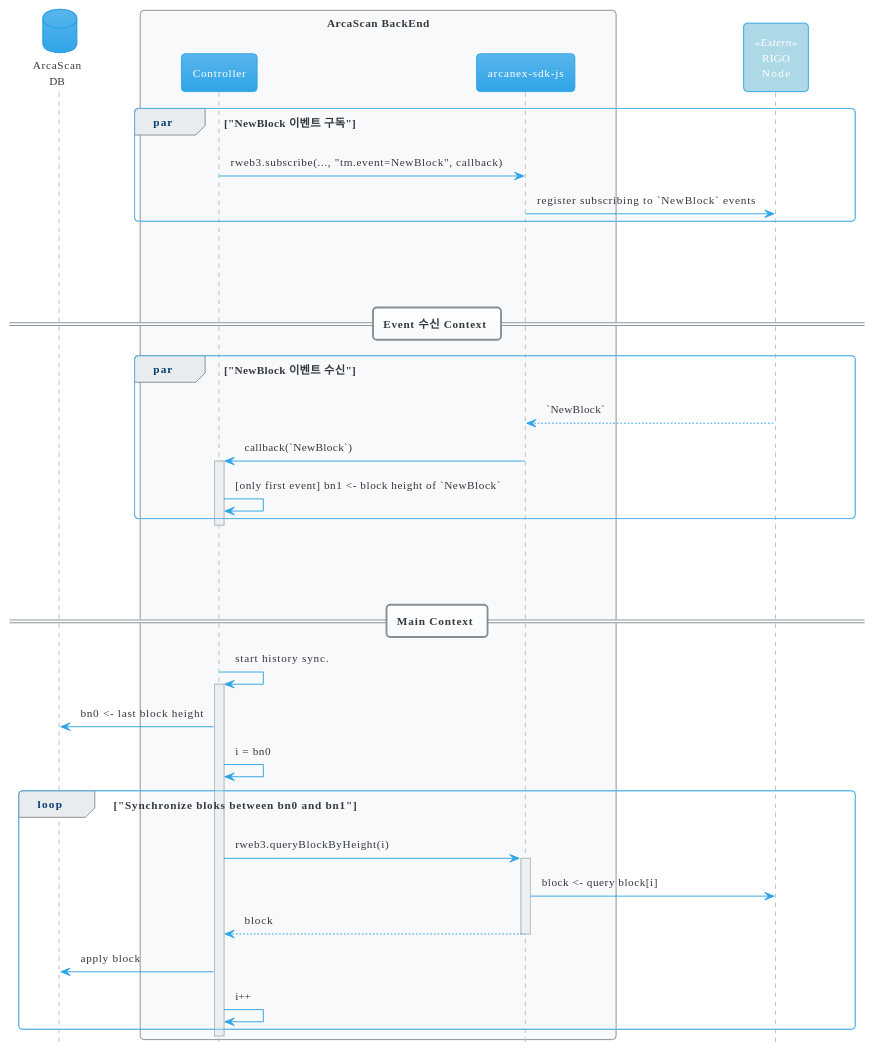
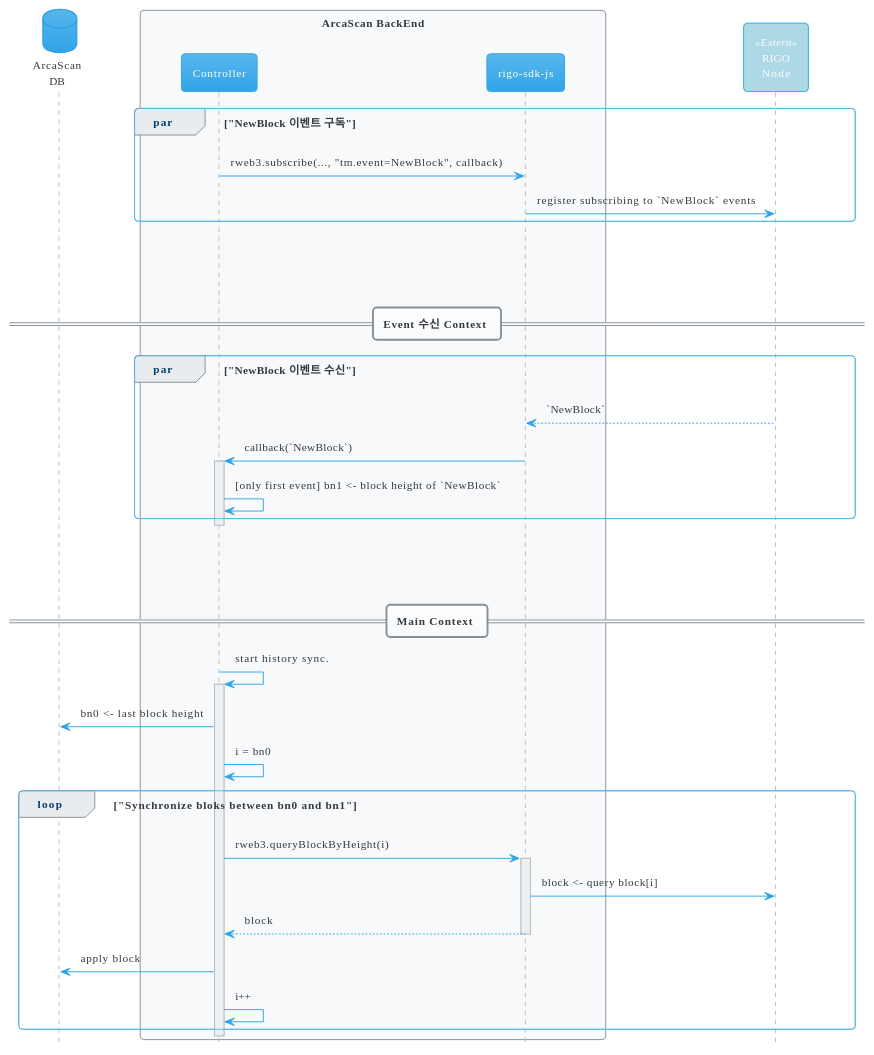
One commit to rigochain/rigo-sdk-js changed the third of 3 diagrams in documents/docs/examples/explorer/srs.md. Above: the diagram before and after it, drawn with PlantUML. The commit also changed other lines of this file and 16 other files, not shown here.

Commit message:
docs: rename arcanex to rigo

````diff
--- a/documents/docs/examples/explorer/srs.md
+++ b/documents/docs/examples/explorer/srs.md
@@ -279,53 +279,53 @@
 ```plantuml
 @startuml
 
 !theme cerulean
 hide footbox
 skinparam ArrowThickness 1
 skinparam BackgroundColor white
 skinparam participant<<Extern>> {
   BackgroundColor lightblue
 }
 
 database "ArcaScan\nDB" as db
 box "ArcaScan BackEnd"
 participant "Controller" as be
-participant "arcanex-sdk-js" as sdk
+participant "rigo-sdk-js" as sdk
 end box
 participant "RIGO\nNode" as node<<Extern>>
 
 par "NewBlock 이벤트 구독"
 be -> sdk: rweb3.subscribe(..., "tm.event=NewBlock", callback)
 sdk -> node: register subscribing to `NewBlock` events
 end
 |||
 |||
 |||
 == Event 수신 Context ==
 par "NewBlock 이벤트 수신"
     node ---> sdk: `NewBlock`
     sdk -> be: callback(`NewBlock`)
     activate be
         be -> be : [only first event] bn1 <- block height of `NewBlock` 
 end par
     deactivate
 |||
 |||
 |||
 == Main Context ==
 be -> be: start history sync.
 activate be
     be -> db: bn0 <- last block height
     be -> be: i = bn0
     loop "Synchronize bloks between bn0 and bn1"
         be -> sdk: rweb3.queryBlockByHeight(i)
         activate sdk
             sdk -> node: block <- query block[i]
         return block
         be -> db: apply block
     be -> be: i++
     end loop
 deactivate be
 
 @enduml
 ```
````
